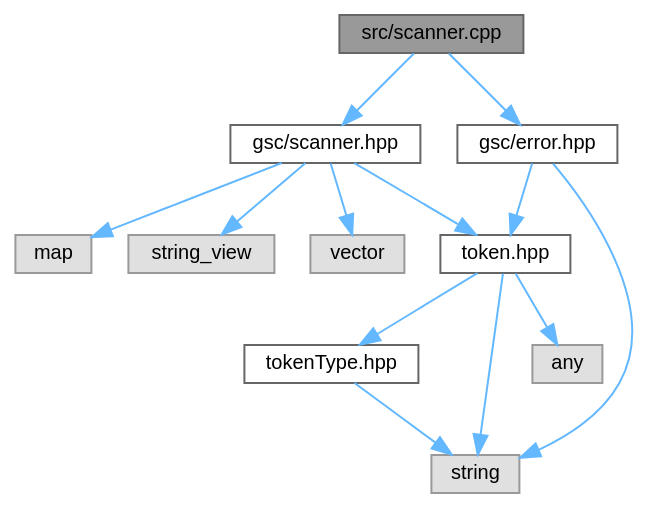
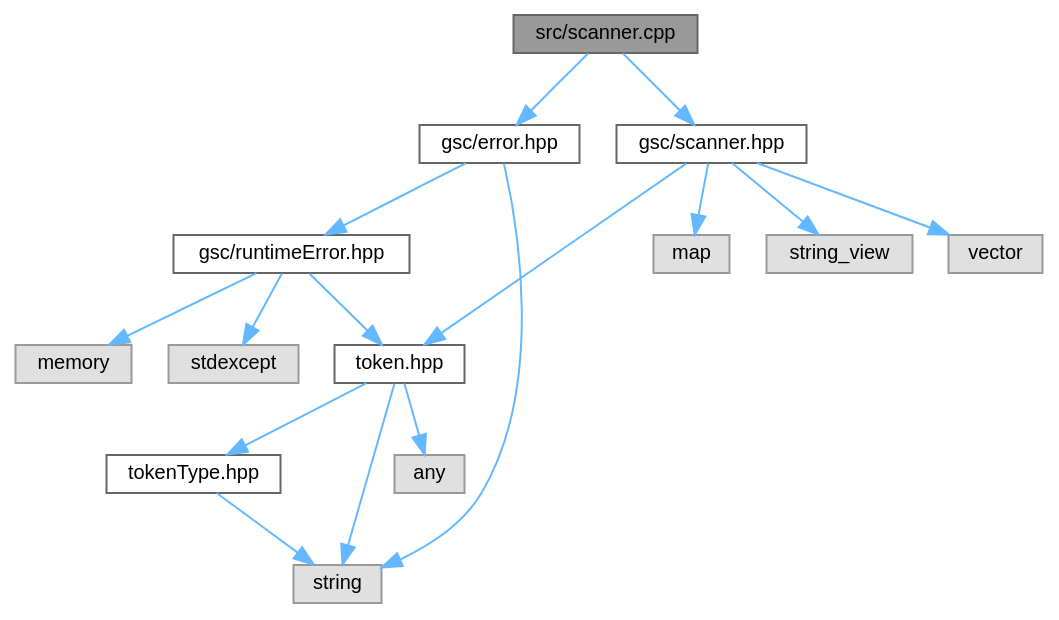
One commit to helcsnewsxd/gsc-interpreter changed the diagram in scanner_8cpp__incl.dot. Above: the diagram before and after it, drawn with Graphviz. The commit also changed 105 other files, not shown here.

```diff
--- a/scanner_8cpp__incl.dot
+++ b/scanner_8cpp__incl.dot
@@ -1,29 +1,35 @@
 digraph "src/scanner.cpp"
 {
  // LATEX_PDF_SIZE
   bgcolor="transparent";
   edge [fontname=Helvetica,fontsize=10,labelfontname=Helvetica,labelfontsize=10];
   node [fontname=Helvetica,fontsize=10,shape=box,height=0.2,width=0.4];
   Node1 [id="Node000001",label="src/scanner.cpp",height=0.2,width=0.4,color="gray40", fillcolor="grey60", style="filled", fontcolor="black",tooltip=" "];
   Node1 -> Node2 [id="edge1_Node000001_Node000002",color="steelblue1",style="solid",tooltip=" "];
   Node2 [id="Node000002",label="gsc/scanner.hpp",height=0.2,width=0.4,color="grey40", fillcolor="white", style="filled",URL="$scanner_8hpp.html",tooltip=" "];
   Node2 -> Node3 [id="edge2_Node000002_Node000003",color="steelblue1",style="solid",tooltip=" "];
   Node3 [id="Node000003",label="token.hpp",height=0.2,width=0.4,color="grey40", fillcolor="white", style="filled",URL="$token_8hpp.html",tooltip=" "];
   Node3 -> Node4 [id="edge3_Node000003_Node000004",color="steelblue1",style="solid",tooltip=" "];
   Node4 [id="Node000004",label="tokenType.hpp",height=0.2,width=0.4,color="grey40", fillcolor="white", style="filled",URL="$tokenType_8hpp.html",tooltip=" "];
   Node4 -> Node5 [id="edge4_Node000004_Node000005",color="steelblue1",style="solid",tooltip=" "];
   Node5 [id="Node000005",label="string",height=0.2,width=0.4,color="grey60", fillcolor="#E0E0E0", style="filled",tooltip=" "];
   Node3 -> Node6 [id="edge5_Node000003_Node000006",color="steelblue1",style="solid",tooltip=" "];
   Node6 [id="Node000006",label="any",height=0.2,width=0.4,color="grey60", fillcolor="#E0E0E0", style="filled",tooltip=" "];
   Node3 -> Node5 [id="edge6_Node000003_Node000005",color="steelblue1",style="solid",tooltip=" "];
   Node2 -> Node7 [id="edge7_Node000002_Node000007",color="steelblue1",style="solid",tooltip=" "];
   Node7 [id="Node000007",label="map",height=0.2,width=0.4,color="grey60", fillcolor="#E0E0E0", style="filled",tooltip=" "];
   Node2 -> Node8 [id="edge8_Node000002_Node000008",color="steelblue1",style="solid",tooltip=" "];
   Node8 [id="Node000008",label="string_view",height=0.2,width=0.4,color="grey60", fillcolor="#E0E0E0", style="filled",tooltip=" "];
   Node2 -> Node9 [id="edge9_Node000002_Node000009",color="steelblue1",style="solid",tooltip=" "];
   Node9 [id="Node000009",label="vector",height=0.2,width=0.4,color="grey60", fillcolor="#E0E0E0", style="filled",tooltip=" "];
   Node1 -> Node10 [id="edge10_Node000001_Node000010",color="steelblue1",style="solid",tooltip=" "];
   Node10 [id="Node000010",label="gsc/error.hpp",height=0.2,width=0.4,color="grey40", fillcolor="white", style="filled",URL="$error_8hpp.html",tooltip=" "];
-  Node10 -> Node3 [id="edge11_Node000010_Node000003",color="steelblue1",style="solid",tooltip=" "];
-  Node10 -> Node5 [id="edge12_Node000010_Node000005",color="steelblue1",style="solid",tooltip=" "];
+  Node10 -> Node11 [id="edge11_Node000010_Node000011",color="steelblue1",style="solid",tooltip=" "];
+  Node11 [id="Node000011",label="gsc/runtimeError.hpp",height=0.2,width=0.4,color="grey40", fillcolor="white", style="filled",URL="$runtimeError_8hpp.html",tooltip=" "];
+  Node11 -> Node3 [id="edge12_Node000011_Node000003",color="steelblue1",style="solid",tooltip=" "];
+  Node11 -> Node12 [id="edge13_Node000011_Node000012",color="steelblue1",style="solid",tooltip=" "];
+  Node12 [id="Node000012",label="memory",height=0.2,width=0.4,color="grey60", fillcolor="#E0E0E0", style="filled",tooltip=" "];
+  Node11 -> Node13 [id="edge14_Node000011_Node000013",color="steelblue1",style="solid",tooltip=" "];
+  Node13 [id="Node000013",label="stdexcept",height=0.2,width=0.4,color="grey60", fillcolor="#E0E0E0", style="filled",tooltip=" "];
+  Node10 -> Node5 [id="edge15_Node000010_Node000005",color="steelblue1",style="solid",tooltip=" "];
 }
```
